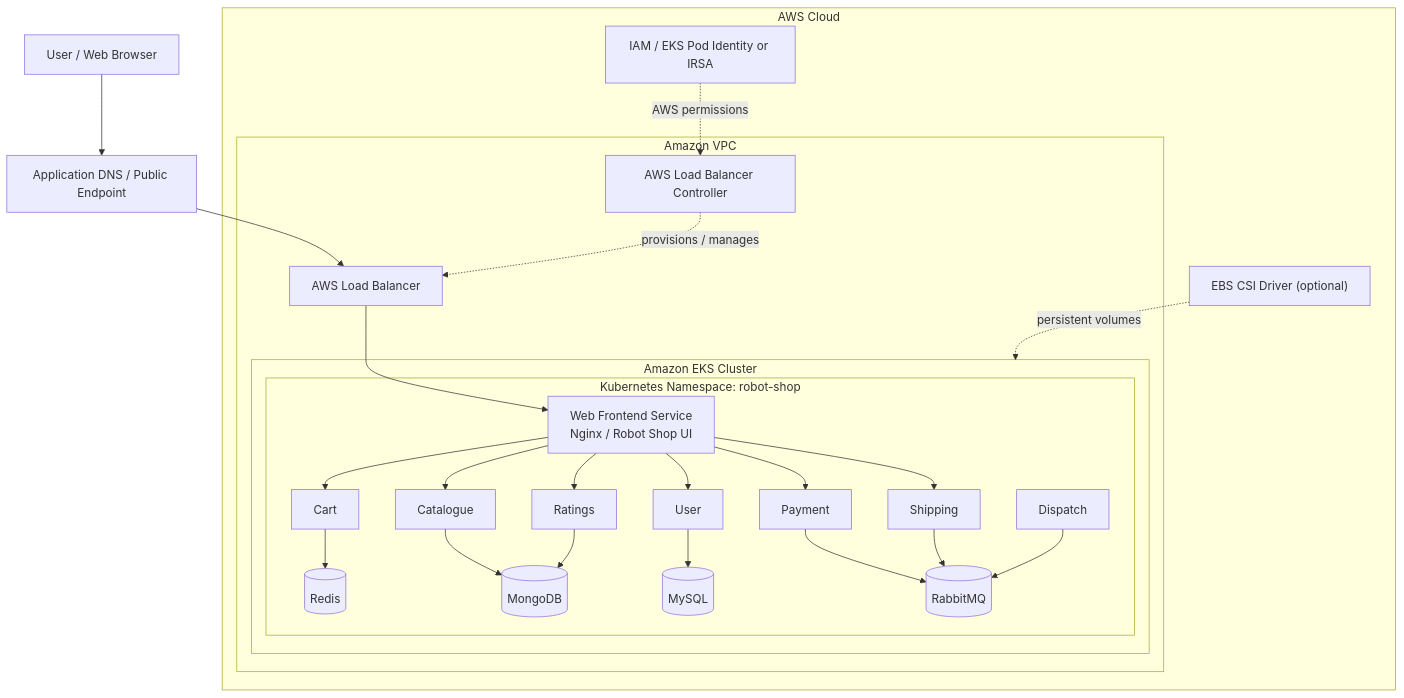
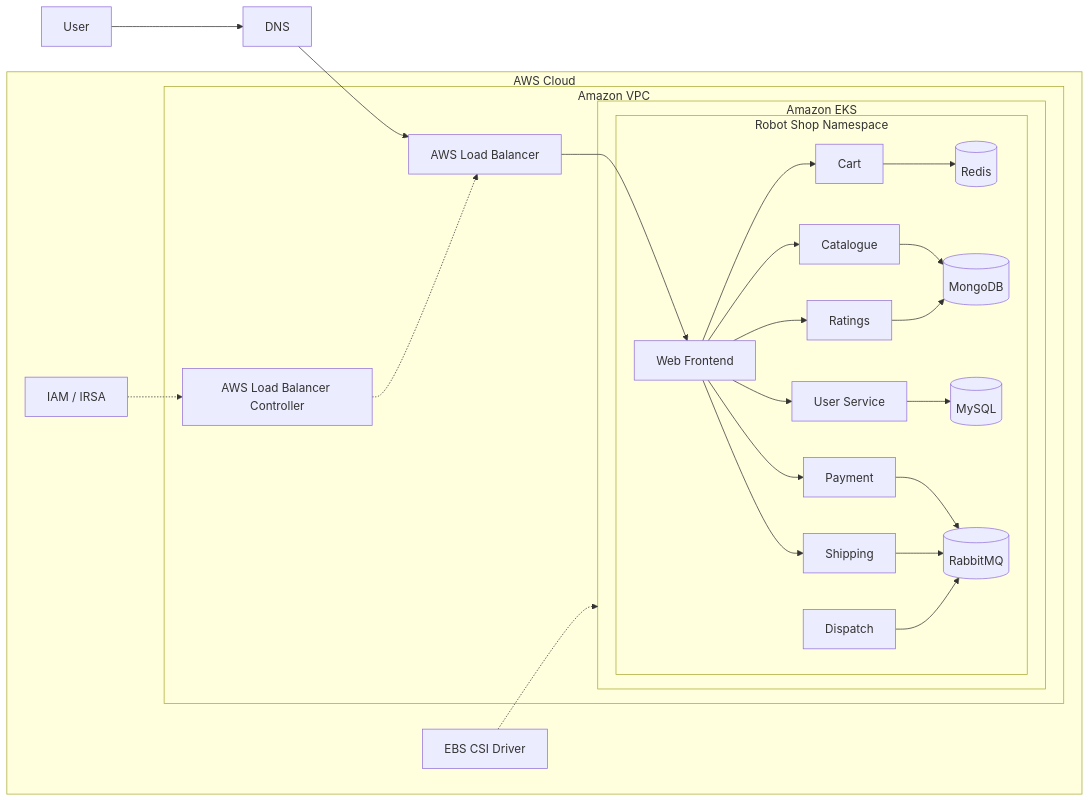
Before and after one commit to Irfan-devops1/aws-eks-three-tier-robot-shop: the diagram in README.md, drawn with Mermaid.

````diff
--- a/README.md
+++ b/README.md
@@ -54,31 +54,31 @@
 ```mermaid
-flowchart TB
-    U["User / Web Browser"] --> DNS["Application DNS / Public Endpoint"]
-    DNS --> LB["AWS Load Balancer"]
-    LB --> WEB["Web Frontend Service<br/>Nginx / Robot Shop UI"]
+flowchart LR
+    U[User] --> DNS[DNS]
+    DNS --> LB[AWS Load Balancer]
+    LB --> WEB[Web Frontend]
 
-    subgraph AWS["AWS Cloud"]
-      subgraph VPC["Amazon VPC"]
-        subgraph EKS["Amazon EKS Cluster"]
-          subgraph NS["Kubernetes Namespace: robot-shop"]
-            WEB --> CART["Cart"]
-            WEB --> CAT["Catalogue"]
-            WEB --> USER["User"]
-            WEB --> PAY["Payment"]
-            WEB --> SHIP["Shipping"]
-            WEB --> RATE["Ratings"]
-            CART --> REDIS[("Redis")]
-            CAT --> MONGO[("MongoDB")]
-            USER --> MYSQL[("MySQL")]
-            PAY --> MQ[("RabbitMQ")]
+    subgraph AWS[AWS Cloud]
+      subgraph VPC[Amazon VPC]
+        subgraph EKS[Amazon EKS]
+          subgraph NS[Robot Shop Namespace]
+            WEB --> CART[Cart]
+            WEB --> CAT[Catalogue]
+            WEB --> USER[User Service]
+            WEB --> PAY[Payment]
+            WEB --> SHIP[Shipping]
+            WEB --> RATE[Ratings]
+            CART --> REDIS[(Redis)]
+            CAT --> MONGO[(MongoDB)]
+            USER --> MYSQL[(MySQL)]
+            PAY --> MQ[(RabbitMQ)]
             SHIP --> MQ
             RATE --> MONGO
-            DISPATCH["Dispatch"] --> MQ
+            DISPATCH[Dispatch] --> MQ
           end
         end
-        ALBC["AWS Load Balancer Controller"] -. "provisions / manages" .-> LB
+        ALBC[AWS Load Balancer Controller] -.-> LB
       end
-      IAM["IAM / EKS Pod Identity or IRSA"] -. "AWS permissions" .-> ALBC
-      EBS["EBS CSI Driver (optional)"] -. "persistent volumes" .-> EKS
+      IAM[IAM / IRSA] -.-> ALBC
+      EBS[EBS CSI Driver] -.-> EKS
     end
 ```
````
